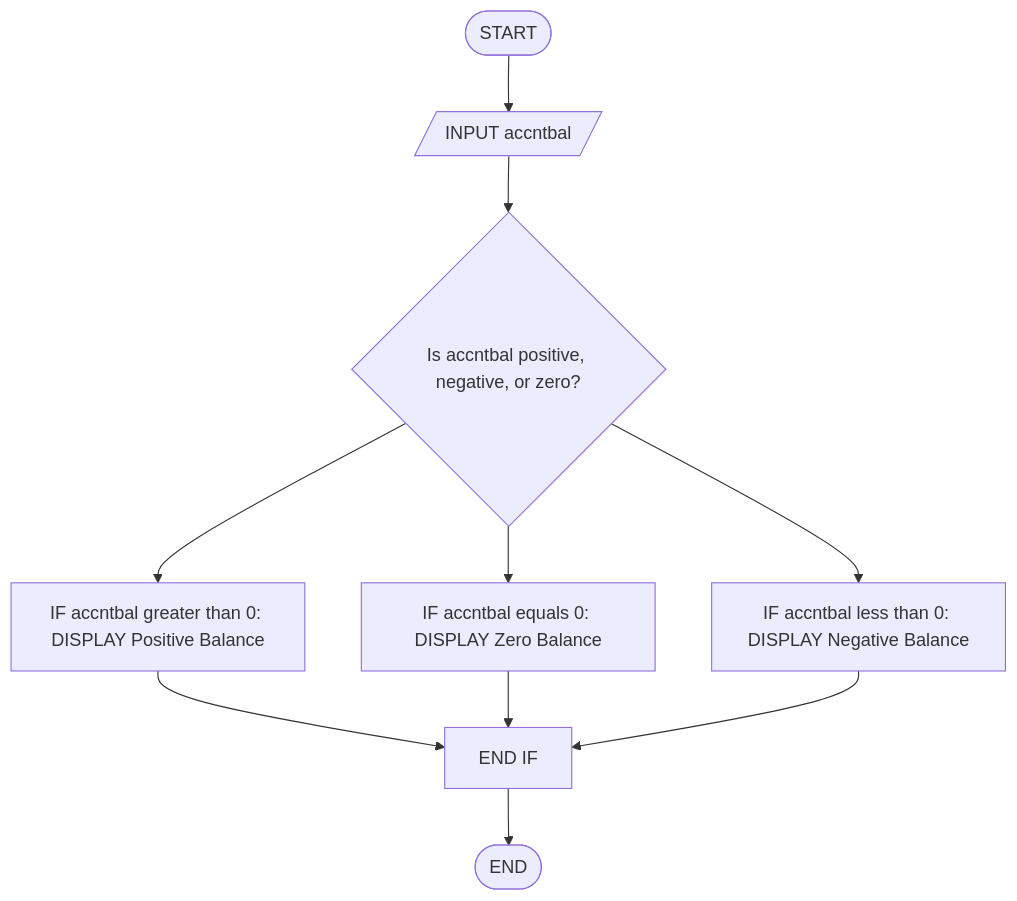
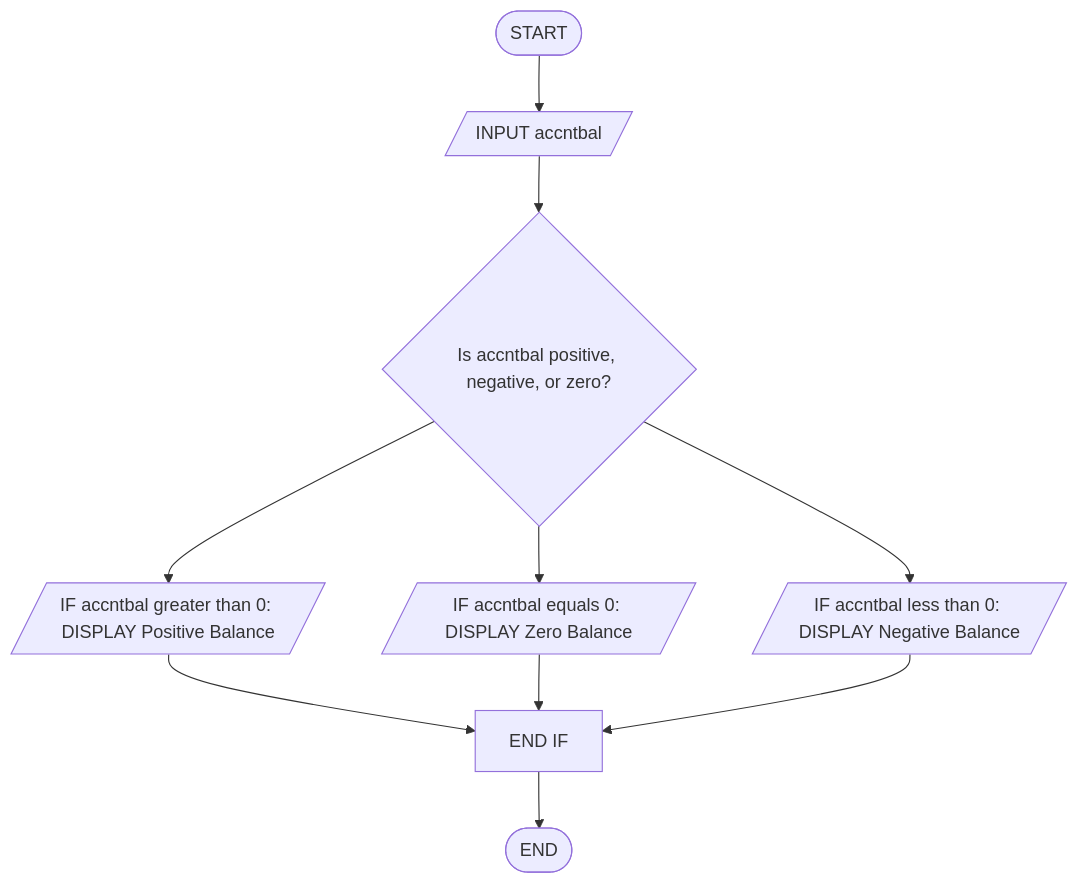
Before and after one commit to Quebada-1CPE-A/cpp102-week3-batch02-quebada: the diagram in problem09_flowchart.md, drawn with Mermaid.

Commit message:
Add Week 3 Batch 02 program logic assessment

````diff
--- a/problem09_flowchart.md
+++ b/problem09_flowchart.md
@@ -1,12 +1,12 @@
 ```mermaid
 flowchart TD
     A([START]) --> B[/INPUT accntbal/]
     B --> C{Is accntbal positive, negative, or zero?}
-    C --> D[IF accntbal greater than 0: DISPLAY Positive Balance]
-    C --> E[IF accntbal equals 0: DISPLAY Zero Balance]
-    C --> F[IF accntbal less than 0: DISPLAY Negative Balance]
+    C --> D[/IF accntbal greater than 0: DISPLAY Positive Balance/]
+    C --> E[/IF accntbal equals 0: DISPLAY Zero Balance/]
+    C --> F[/IF accntbal less than 0: DISPLAY Negative Balance/]
     D --> G[END IF]
     E --> G
     F --> G
     G --> H([END])
 ```
````
